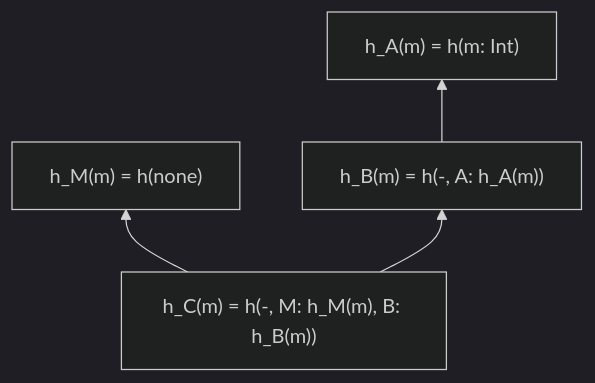
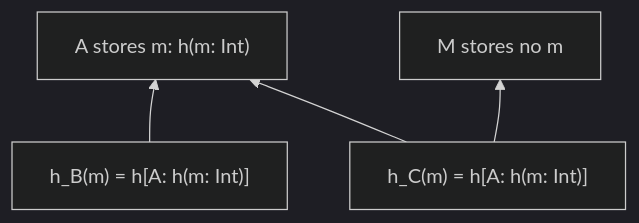
Before and after one commit to retronym/talks: the sixth of 9 diagrams in zinc-merkle/talk.md, drawn with Mermaid (dark theme). The commit also changed other lines of this file and 1 other file, not shown here.

````diff
--- a/zinc-merkle/talk.md
+++ b/zinc-merkle/talk.md
@@ -448,10 +448,10 @@
 ```mermaid
 flowchart BT
-  hA["h_A(m) = h(m: Int)"]
-  hM["h_M(m) = h(none)"]
-  hB["h_B(m) = h(-, A: h_A(m))"]
-  hC["h_C(m) = h(-, M: h_M(m), B: h_B(m))"]
+  hA["A stores m: h(m: Int)"]
+  hM["M stores no m"]
+  hB["h_B(m) = h[A: h(m: Int)]"]
+  hC["h_C(m) = h[A: h(m: Int)]"]
   hB --> hA
-  hC --> hB
   hC --> hM
+  hC --> hA
 ```
````
